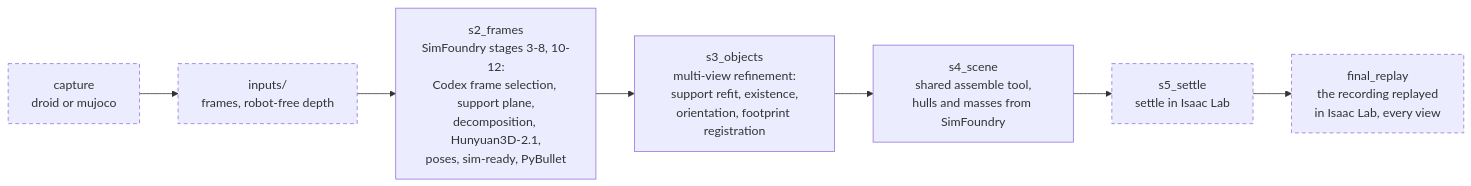
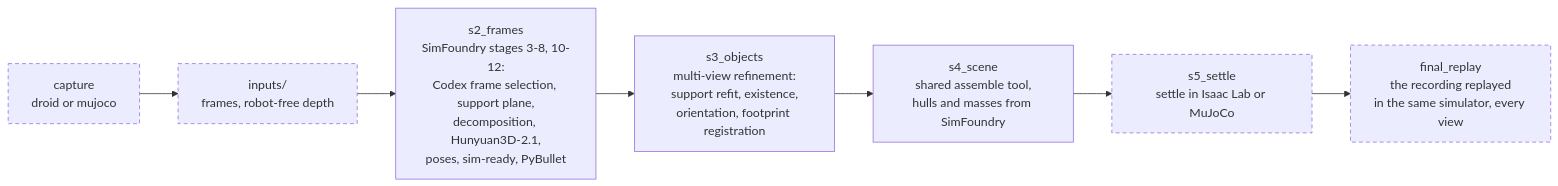
The first of 2 diagrams in README.md (weiqianwang123/R2S2R), drawn with Mermaid before and after one commit. The commit also changed other lines of this file and 41 other files, not shown here.

First line of the commit message:
MuJoCo beside Isaac Lab, every joint's dynamics, no cloths

````diff
--- a/README.md
+++ b/README.md
@@ -43,11 +45,11 @@
 ```mermaid
 flowchart LR
   cap["capture<br/>droid or mujoco"] --> inp["inputs/<br/>frames, robot-free depth"]
   inp --> s2["s2_frames<br/>SimFoundry stages 3-8, 10-12:<br/>Codex frame selection, support plane,<br/>decomposition, Hunyuan3D-2.1,<br/>poses, sim-ready, PyBullet"]
   s2 --> s3["s3_objects<br/>multi-view refinement:<br/>support refit, existence,<br/>orientation, footprint registration"]
   s3 --> s4["s4_scene<br/>shared assemble tool,<br/>hulls and masses from SimFoundry"]
-  s4 --> s5["s5_settle<br/>settle in Isaac Lab"]
-  s5 --> fr["final_replay<br/>the recording replayed<br/>in Isaac Lab, every view"]
+  s4 --> s5["s5_settle<br/>settle in Isaac Lab or MuJoCo"]
+  s5 --> fr["final_replay<br/>the recording replayed<br/>in the same simulator, every view"]
   class cap,inp,s5,fr shared
   classDef shared stroke-dasharray: 5 4
 ```
````
